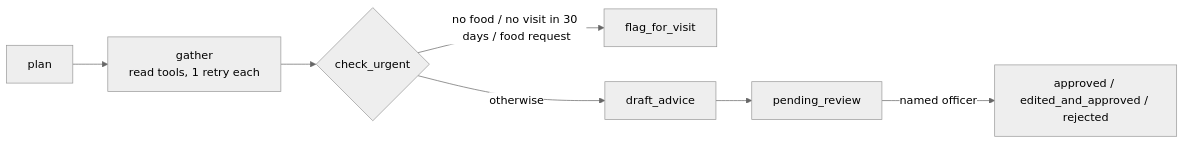
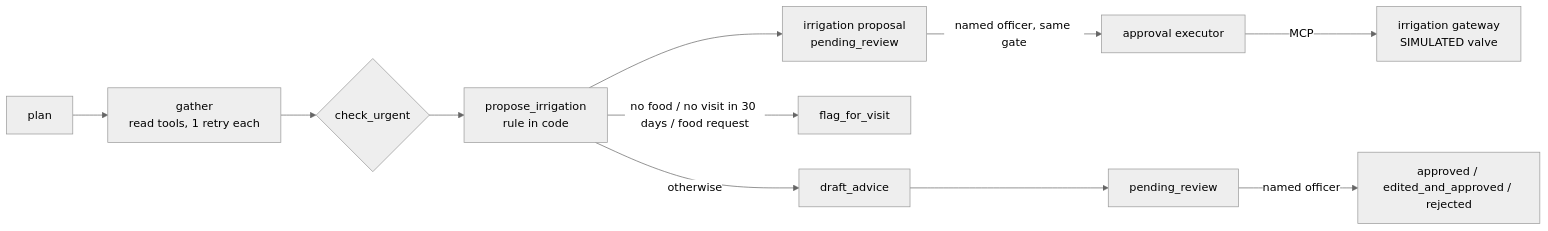
One commit to VictoriaMirembe/Agri-moist-AI changed the diagram in ARCHITECTURE.md. Above: the diagram before and after it, drawn with Mermaid (neutral theme). The commit also changed other lines of this file and 33 other files, not shown here.

Commit message:
Simulated irrigation loop: agent proposes, officer approves, valve opens and auto-closes

````diff
--- a/ARCHITECTURE.md
+++ b/ARCHITECTURE.md
@@ -12,7 +16,9 @@
 ```mermaid
 flowchart LR
-  P[plan] --> G[gather<br/>read tools, 1 retry each] --> U{check_urgent}
-  U -- no food / no visit in 30 days / food request --> F[flag_for_visit]
-  U -- otherwise --> D[draft_advice] --> Q[pending_review]
+  P[plan] --> G[gather<br/>read tools, 1 retry each] --> U{check_urgent} --> I[propose_irrigation<br/>rule in code]
+  I --> PQ[irrigation proposal<br/>pending_review]
+  I -- no food / no visit in 30 days / food request --> F[flag_for_visit]
+  I -- otherwise --> D[draft_advice] --> Q[pending_review]
   Q -- named officer --> A[approved / edited_and_approved / rejected]
+  PQ -- named officer, same gate --> X[approval executor] -- MCP --> V[irrigation gateway<br/>SIMULATED valve]
 ```
````
